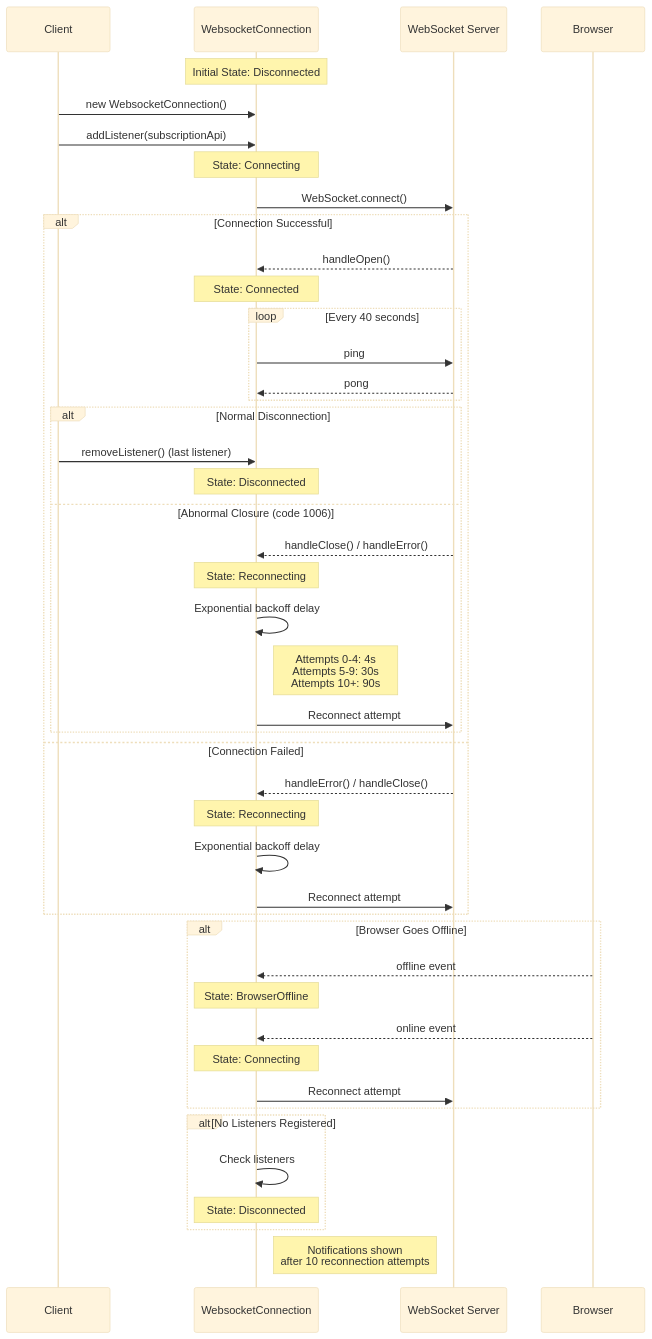
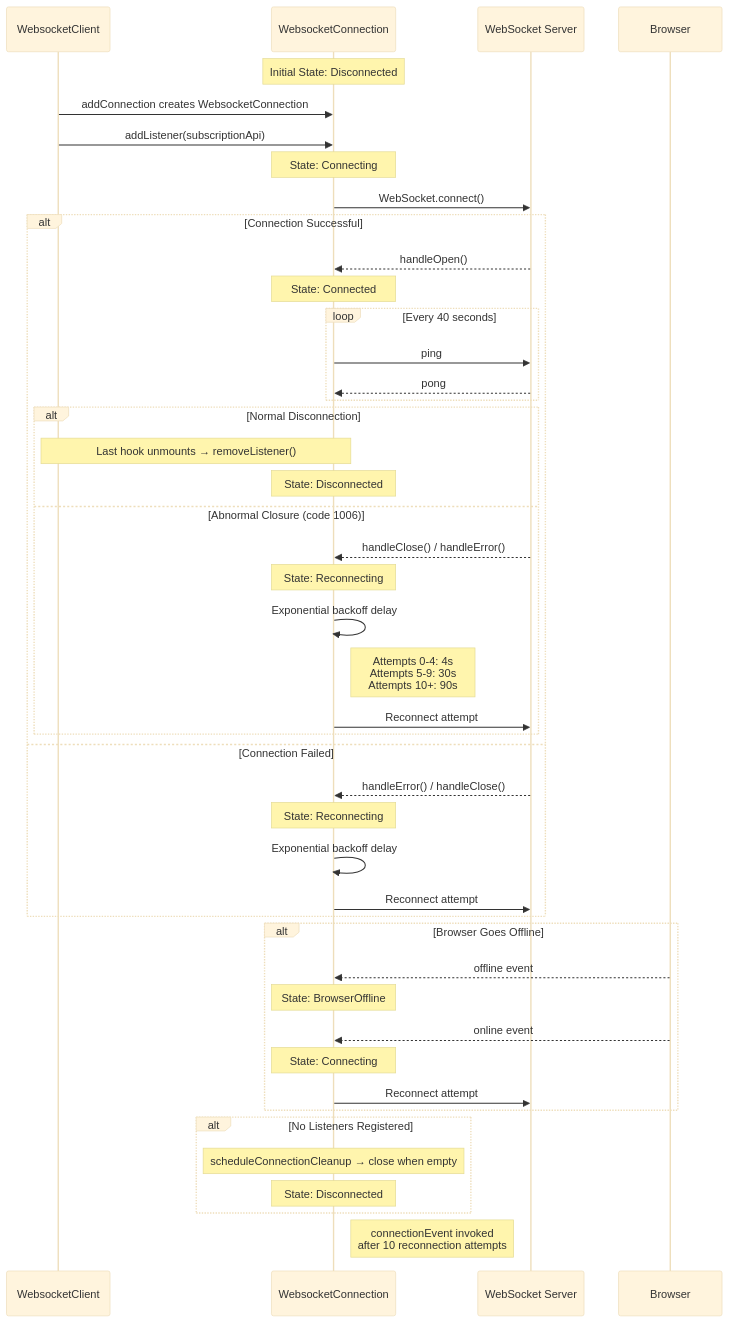
The third of 10 diagrams in src/lib/WEBSOCKET_CONNECTION.md (max-troost-io/use-websockets), drawn with Mermaid (base theme) before and after one commit. The commit also changed other lines of this file and 25 other files, not shown here.

Commit message:
Remove CHART.md file, update README with new message format and features, and refactor WebSocket connection handling by removing notistack dependency for notifications. Enhance helper functions and improve type definitions for better clarity and usability.

````diff
--- a/src/lib/WEBSOCKET_CONNECTION.md
+++ b/src/lib/WEBSOCKET_CONNECTION.md
@@ -154,56 +167,56 @@
 ```mermaid
 sequenceDiagram
-    participant Client
+    participant Client as WebsocketClient
     participant Connection as WebsocketConnection
     participant Server as WebSocket Server
     participant Browser
 
     Note over Connection: Initial State: Disconnected
 
-    Client->>Connection: new WebsocketConnection()
+    Client->>Connection: addConnection creates WebsocketConnection
     Client->>Connection: addListener(subscriptionApi)
 
     Note over Connection: State: Connecting
     Connection->>Server: WebSocket.connect()
 
     alt Connection Successful
         Server-->>Connection: handleOpen()
         Note over Connection: State: Connected
 
         loop Every 40 seconds
             Connection->>Server: ping
             Server-->>Connection: pong
         end
 
         alt Normal Disconnection
-            Client->>Connection: removeListener() (last listener)
+            Note over Client,Connection: Last hook unmounts → removeListener()
             Note over Connection: State: Disconnected
         else Abnormal Closure (code 1006)
             Server-->>Connection: handleClose() / handleError()
             Note over Connection: State: Reconnecting
             Connection->>Connection: Exponential backoff delay
             Note right of Connection: Attempts 0-4: 4s<br/>Attempts 5-9: 30s<br/>Attempts 10+: 90s
             Connection->>Server: Reconnect attempt
         end
     else Connection Failed
         Server-->>Connection: handleError() / handleClose()
         Note over Connection: State: Reconnecting
         Connection->>Connection: Exponential backoff delay
         Connection->>Server: Reconnect attempt
     end
 
     alt Browser Goes Offline
         Browser-->>Connection: offline event
         Note over Connection: State: BrowserOffline
         Browser-->>Connection: online event
         Note over Connection: State: Connecting
         Connection->>Server: Reconnect attempt
     end
 
     alt No Listeners Registered
-        Connection->>Connection: Check listeners
+        Note over Connection: scheduleConnectionCleanup → close when empty
         Note over Connection: State: Disconnected
     end
 
-    Note right of Connection: Notifications shown<br/>after 10 reconnection attempts
+    Note right of Connection: connectionEvent invoked<br/>after 10 reconnection attempts
 ```
````
